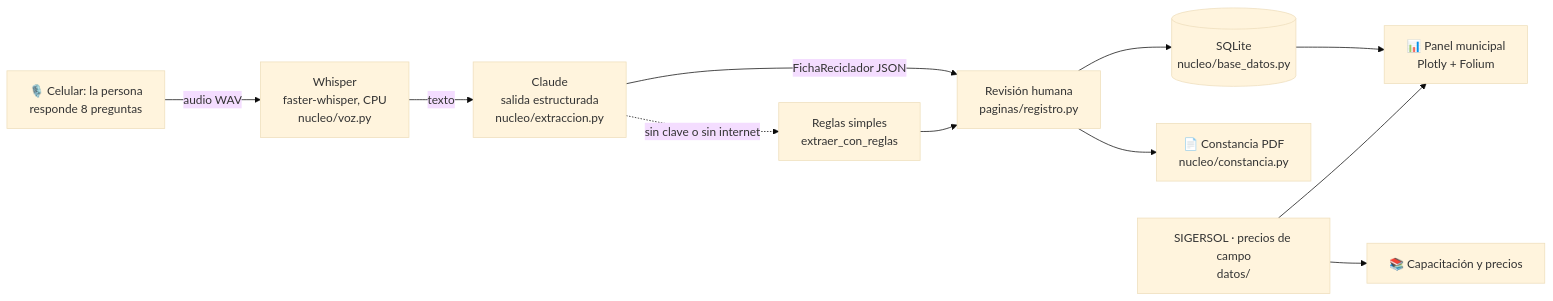
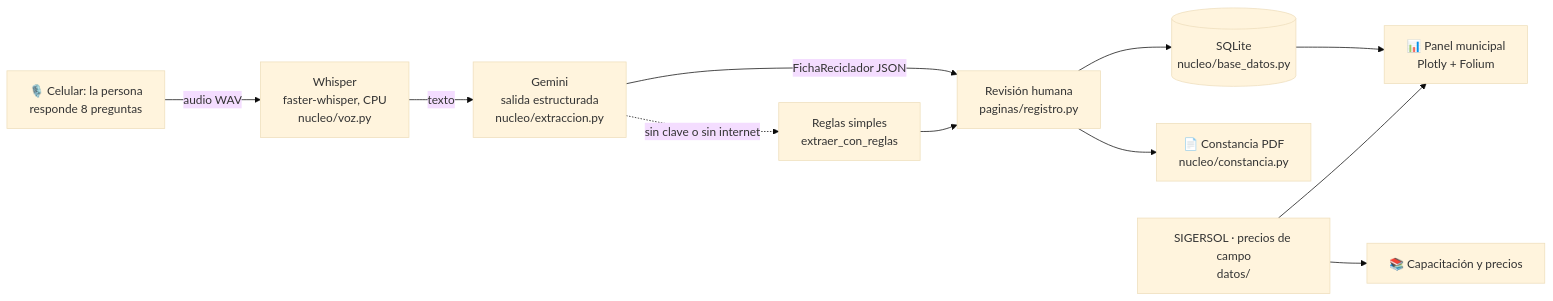
The diagram in README.md (grey-d18/proyecto_final), drawn with Mermaid (base theme) before and after one commit. The commit also changed other lines of this file and 7 other files, not shown here.

First line of the commit message:
Cambiar Claude por Gemini (plan gratuito) para llenar la ficha con salidas estructuradas

````diff
--- a/README.md
+++ b/README.md
@@ -81,13 +81,13 @@
 ```mermaid
 flowchart LR
     A[🎙️ Celular: la persona<br>responde 8 preguntas] -->|audio WAV| B[Whisper<br>faster-whisper, CPU<br>nucleo/voz.py]
-    B -->|texto| C[Claude<br>salida estructurada<br>nucleo/extraccion.py]
+    B -->|texto| C[Gemini<br>salida estructurada<br>nucleo/extraccion.py]
     C -->|FichaReciclador JSON| D[Revisión humana<br>paginas/registro.py]
     D --> E[(SQLite<br>nucleo/base_datos.py)]
     D --> F[📄 Constancia PDF<br>nucleo/constancia.py]
     E --> G[📊 Panel municipal<br>Plotly + Folium]
     H[SIGERSOL · precios de campo<br>datos/] --> G
     H --> I[📚 Capacitación y precios]
     C -.sin clave o sin internet.-> J[Reglas simples<br>extraer_con_reglas]
     J --> D
 ```
````
